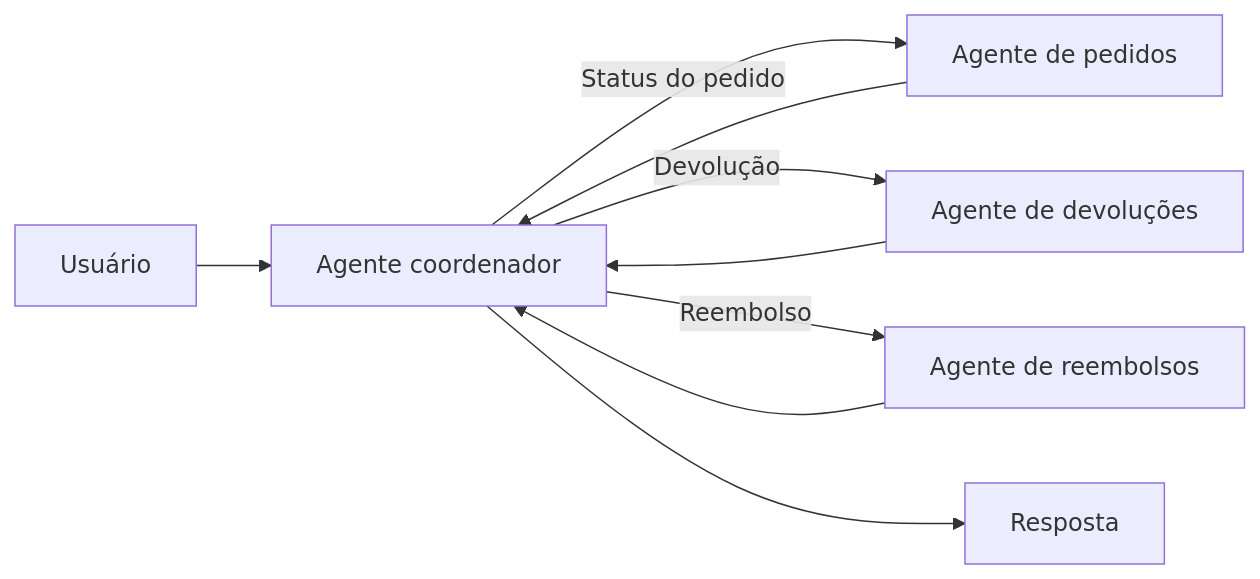
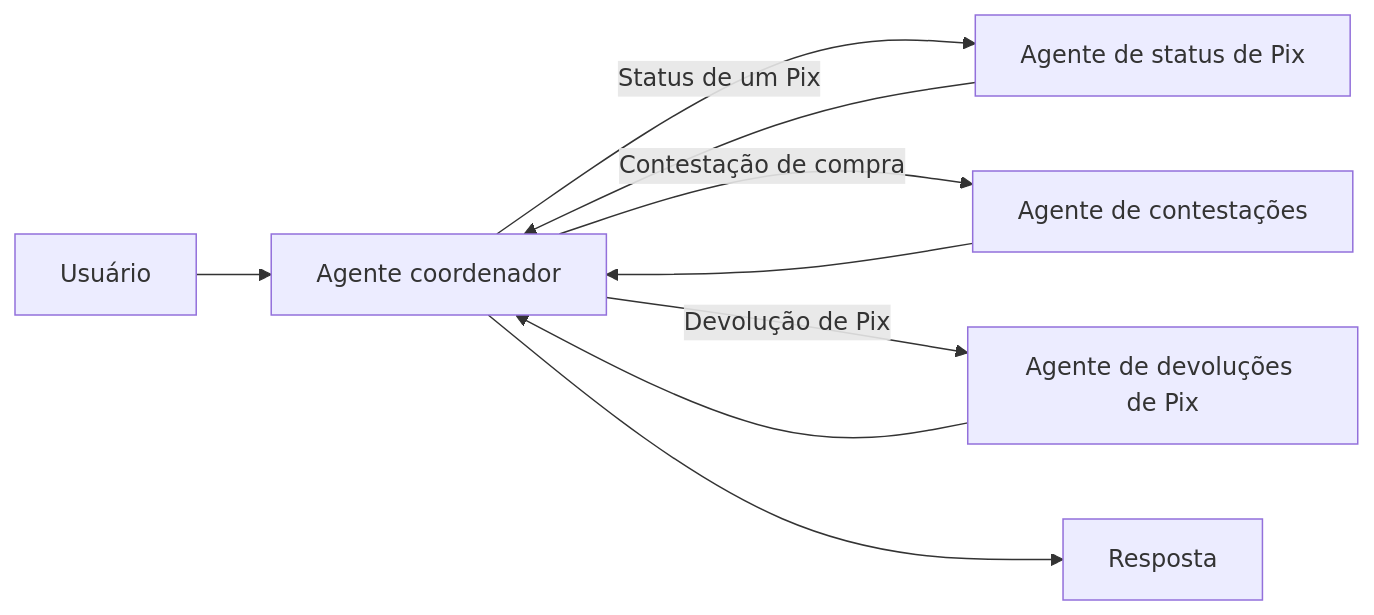
Before and after one commit to alancesar/design-patterns: the diagram in docs/ai/agent-patterns/dynamic-orchestration/multi-agent-coordinator.md, drawn with Mermaid. The commit also changed other lines of this file and 13 other files, not shown here.

Commit message:
Switch agent-patterns concrete diagrams to fintech scenarios

````diff
--- a/docs/ai/agent-patterns/dynamic-orchestration/multi-agent-coordinator.md
+++ b/docs/ai/agent-patterns/dynamic-orchestration/multi-agent-coordinator.md
@@ -54,11 +54,11 @@
 ```mermaid
 flowchart LR
     U["Usuário"] --> C["Agente coordenador"]
-    C -->|"Status do pedido"| A1["Agente de pedidos"]
-    C -->|"Devolução"| A2["Agente de devoluções"]
-    C -->|"Reembolso"| A3["Agente de reembolsos"]
+    C -->|"Status de um Pix"| A1["Agente de status de Pix"]
+    C -->|"Contestação de compra"| A2["Agente de contestações"]
+    C -->|"Devolução de Pix"| A3["Agente de devoluções de Pix"]
     A1 --> C
     A2 --> C
     A3 --> C
     C --> R["Resposta"]
 ```
````
